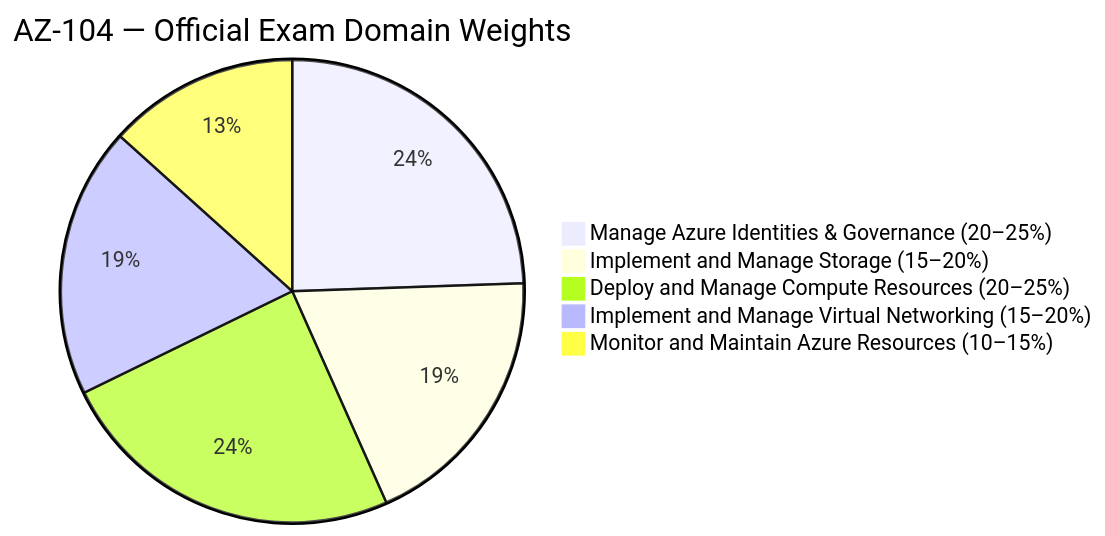
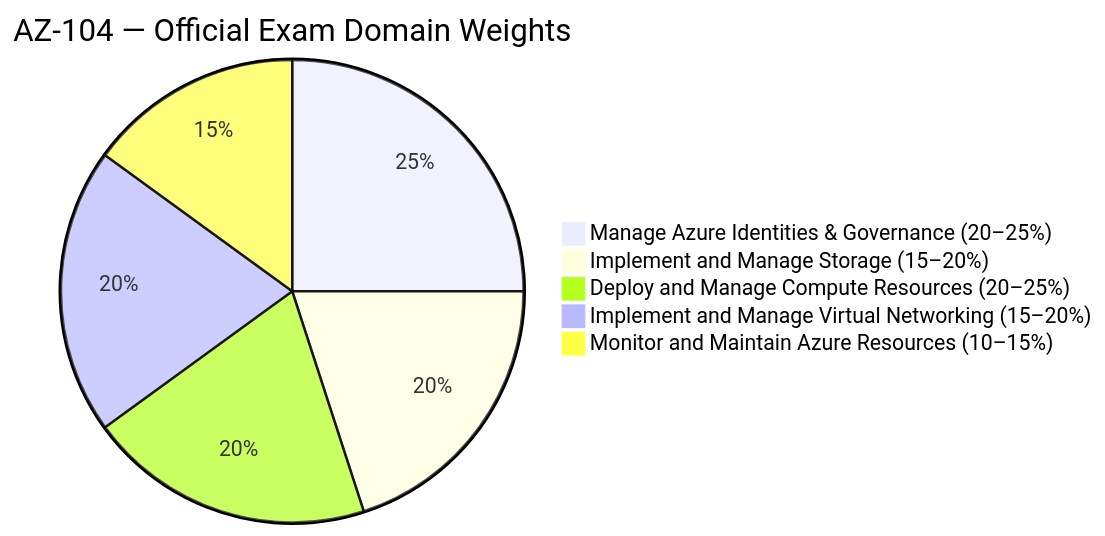
One commit to marcogrimaldi29/az-104-study-notes changed the first of 2 diagrams in index.md. Above: the diagram before and after it, drawn with Mermaid. The commit also changed 1 other file, not shown here.

Commit message:
Updated Mermaid pie

````diff
--- a/index.md
+++ b/index.md
@@ -42,8 +42,8 @@
 ```mermaid
 pie title AZ-104 — Official Exam Domain Weights
-    "Manage Azure Identities & Governance (20–25%)" : 22
-    "Implement and Manage Storage (15–20%)" : 17
-    "Deploy and Manage Compute Resources (20–25%)" : 22
-    "Implement and Manage Virtual Networking (15–20%)" : 17
-    "Monitor and Maintain Azure Resources (10–15%)" : 12
+    "Manage Azure Identities & Governance (20–25%)" : 25
+    "Implement and Manage Storage (15–20%)" : 20
+    "Deploy and Manage Compute Resources (20–25%)" : 20
+    "Implement and Manage Virtual Networking (15–20%)" : 20
+    "Monitor and Maintain Azure Resources (10–15%)" : 15
 ```
````
